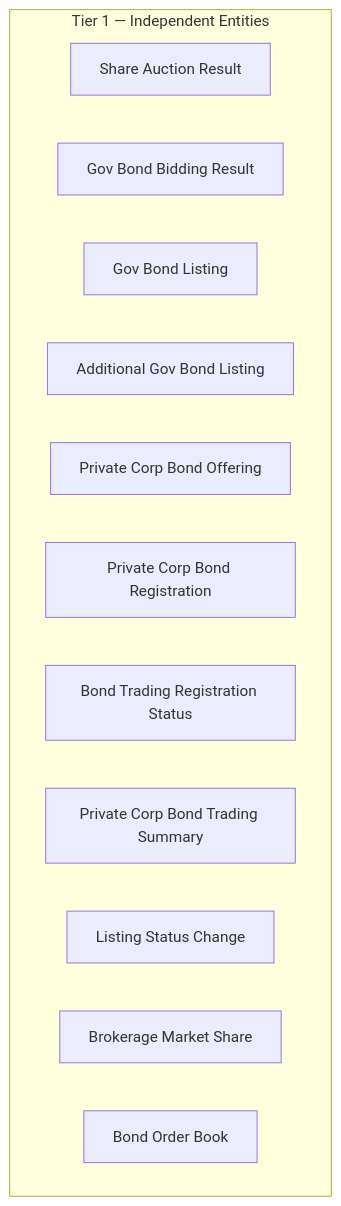
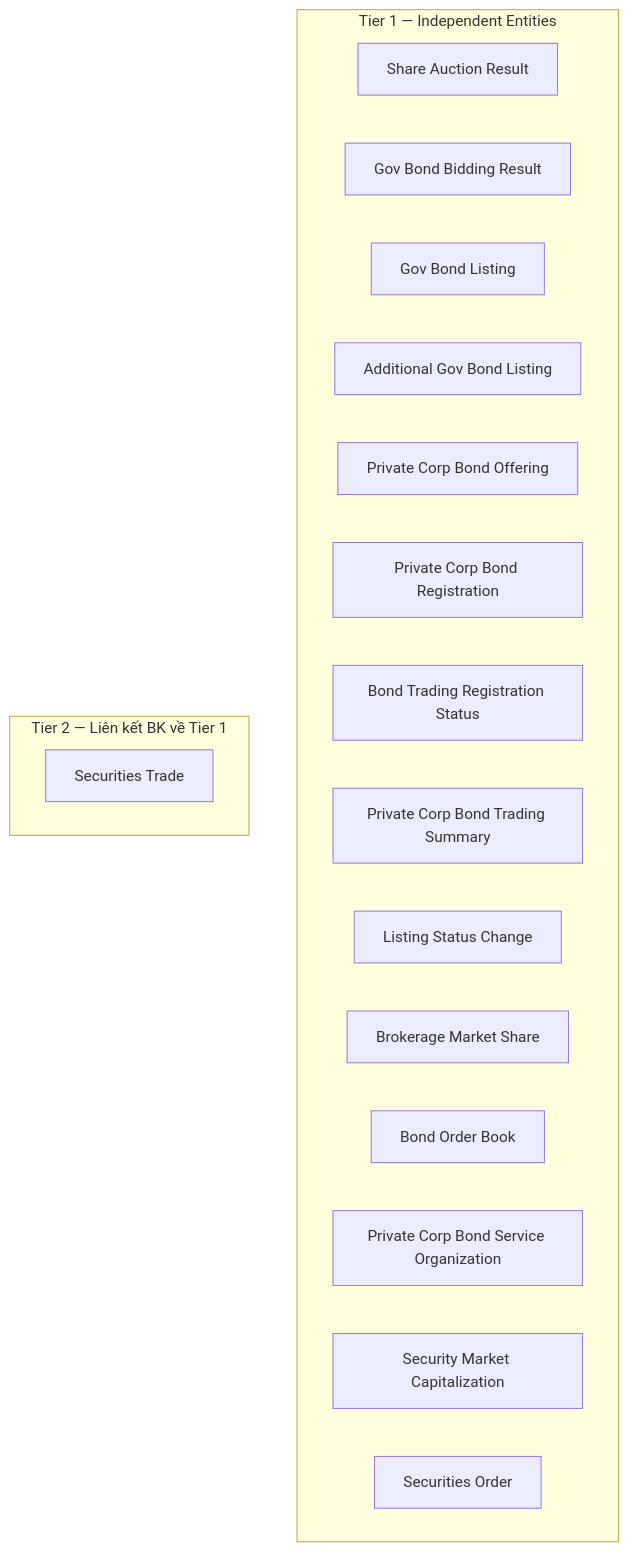
The first of 2 diagrams in DataModel/working/Atomic/hld/HNX_HLD_Overview.md (linhlvit/ubck_atomic_design), drawn with Mermaid before and after one commit. The commit also changed other lines of this file and 98 other files, not shown here.

````diff
--- a/DataModel/working/Atomic/hld/HNX_HLD_Overview.md
+++ b/DataModel/working/Atomic/hld/HNX_HLD_Overview.md
@@ -31,16 +35,24 @@
 ```mermaid
 graph TD
     subgraph T1["Tier 1 — Independent Entities"]
         E1["Share Auction Result"]
         E2["Gov Bond Bidding Result"]
         E3["Gov Bond Listing"]
         E4["Additional Gov Bond Listing"]
         E5["Private Corp Bond Offering"]
         E6["Private Corp Bond Registration"]
         E7["Bond Trading Registration Status"]
         E8["Private Corp Bond Trading Summary"]
         E9["Listing Status Change"]
         E10["Brokerage Market Share"]
         E11["Bond Order Book"]
+        E12["Private Corp Bond Service Organization"]
+        E13["Security Market Capitalization"]
+        E14["Securities Order"]
     end
+
+    subgraph T2["Tier 2 — Liên kết BK về Tier 1"]
+        E15["Securities Trade"]
+    end
+
 ```
````
